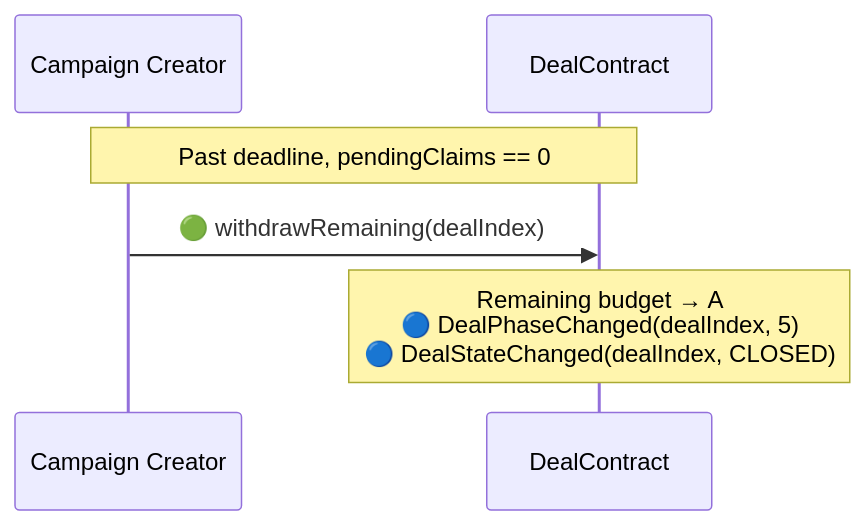
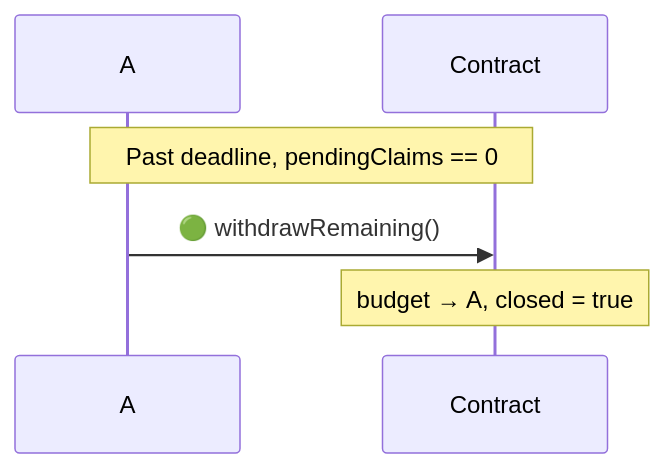
One commit to synctxai/synctx changed the fourth of 5 diagrams in examples/x-follow/x-follow-design.md. Above: the diagram before and after it, drawn with Mermaid. The commit also changed other lines of this file and 1 other file, not shown here.

First line of the commit message:
docs(x-follow): contract IS the campaign, each claim IS a dealIndex

````diff
--- a/examples/x-follow/x-follow-design.md
+++ b/examples/x-follow/x-follow-design.md
@@ -299,9 +315,9 @@
 ```mermaid
 sequenceDiagram
-    participant A as Campaign Creator
-    participant D as DealContract
+    participant A as A
+    participant C as Contract
 
-    Note over A,D: Past deadline, pendingClaims == 0
-    A->>D: 🟢 withdrawRemaining(dealIndex)
-    Note over D: Remaining budget → A<br/>🔵 DealPhaseChanged(dealIndex, 5)<br/>🔵 DealStateChanged(dealIndex, CLOSED)
+    Note over A,C: Past deadline, pendingClaims == 0
+    A->>C: 🟢 withdrawRemaining()
+    Note over C: budget → A, closed = true
 ```
````
